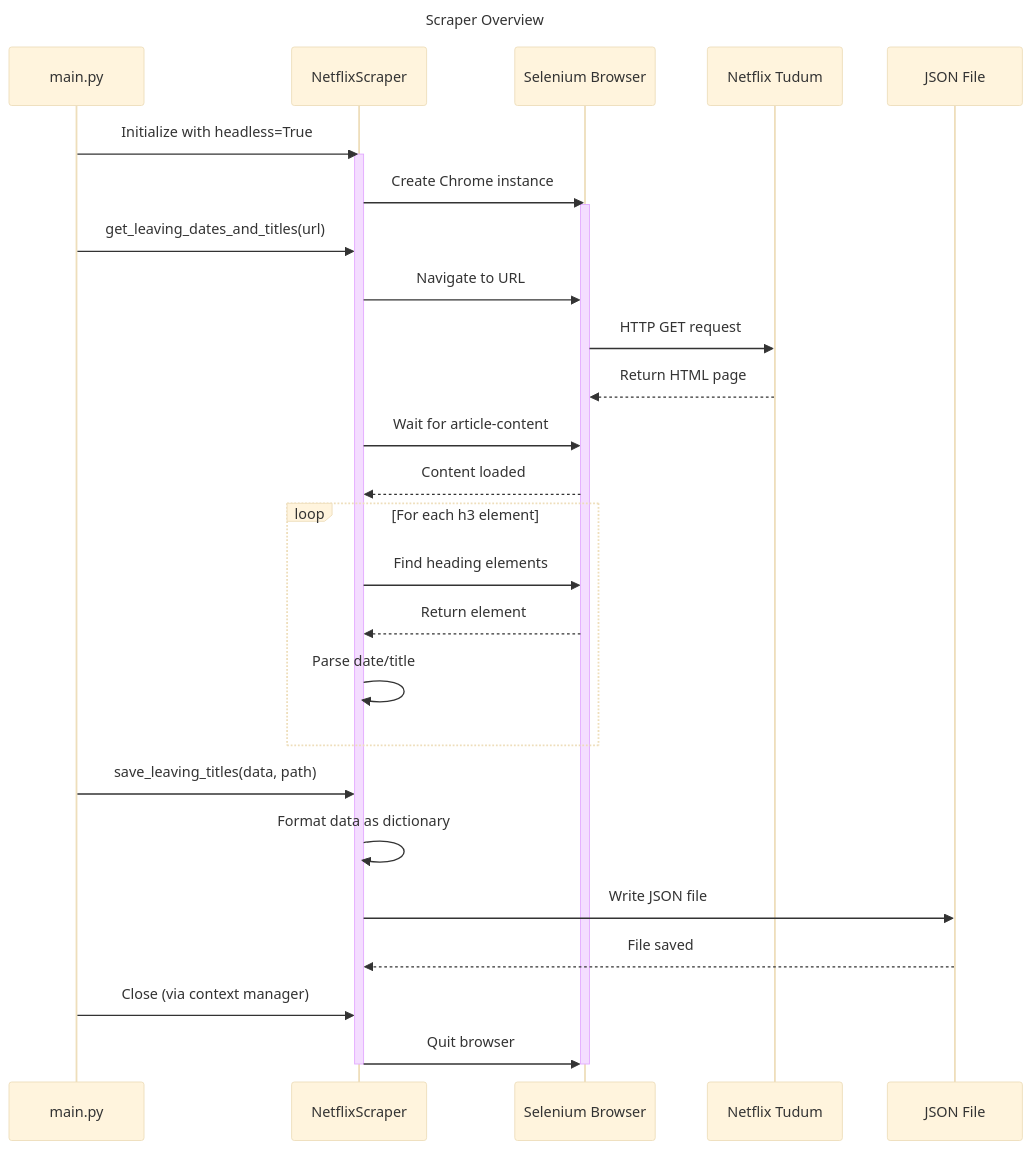
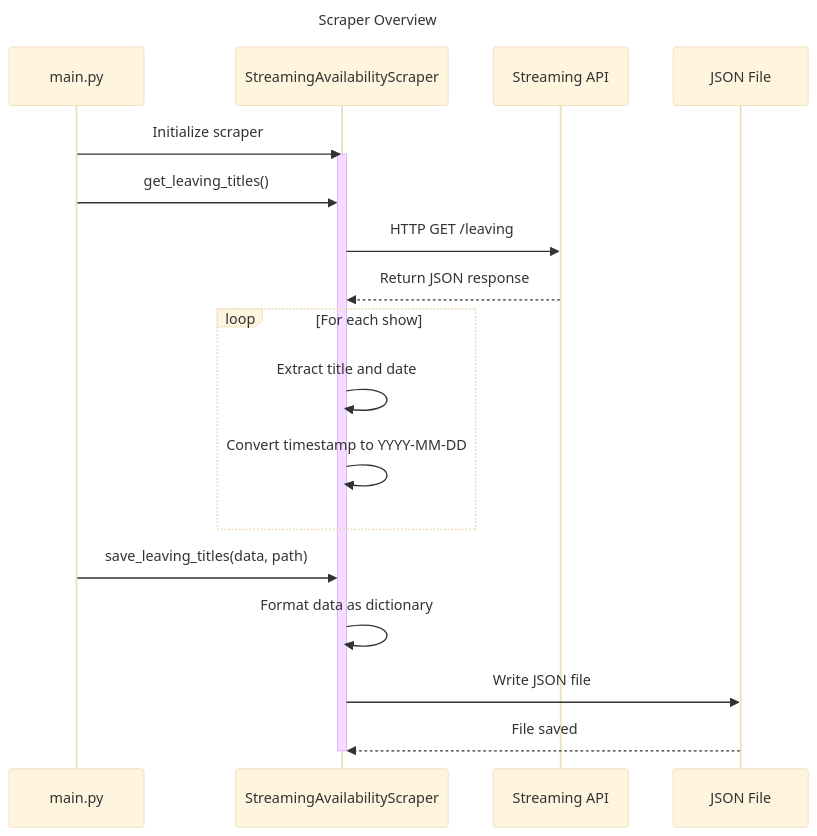
The diagram in docs/mermaid-charts/scraper-overview.mmd (sakan811/show-leaving-soon-tracker-website), drawn with Mermaid (base theme) before and after one commit. The commit also changed 3 other files, not shown here.

```diff
--- a/docs/mermaid-charts/scraper-overview.mmd
+++ b/docs/mermaid-charts/scraper-overview.mmd
@@ -1,38 +1,26 @@
 ---
 title: Scraper Overview
 ---
 sequenceDiagram
     participant Script as main.py
-    participant Scraper as NetflixScraper
-    participant Browser as Selenium Browser
-    participant Netflix as Netflix Tudum
+    participant Scraper as StreamingAvailabilityScraper
+    participant API as Streaming API
     participant FileSystem as JSON File
 
-    Script->>Scraper: Initialize with headless=True
+    Script->>Scraper: Initialize scraper
     activate Scraper
-    Scraper->>Browser: Create Chrome instance
-    activate Browser
-
-    Script->>Scraper: get_leaving_dates_and_titles(url)
-    Scraper->>Browser: Navigate to URL
-    Browser->>Netflix: HTTP GET request
-    Netflix-->>Browser: Return HTML page
     
-    Scraper->>Browser: Wait for article-content
-    Browser-->>Scraper: Content loaded
+    Script->>Scraper: get_leaving_titles()
+    Scraper->>API: HTTP GET /leaving
+    API-->>Scraper: Return JSON response
     
-    loop For each h3 element
-        Scraper->>Browser: Find heading elements
-        Browser-->>Scraper: Return element
-        Scraper->>Scraper: Parse date/title
+    loop For each show
+        Scraper->>Scraper: Extract title and date
+        Scraper->>Scraper: Convert timestamp to YYYY-MM-DD
     end
 
     Script->>Scraper: save_leaving_titles(data, path)
     Scraper->>Scraper: Format data as dictionary
     Scraper->>FileSystem: Write JSON file
     FileSystem-->>Scraper: File saved
-
-    Script->>Scraper: Close (via context manager)
-    Scraper->>Browser: Quit browser
-    deactivate Browser
     deactivate Scraper
```
